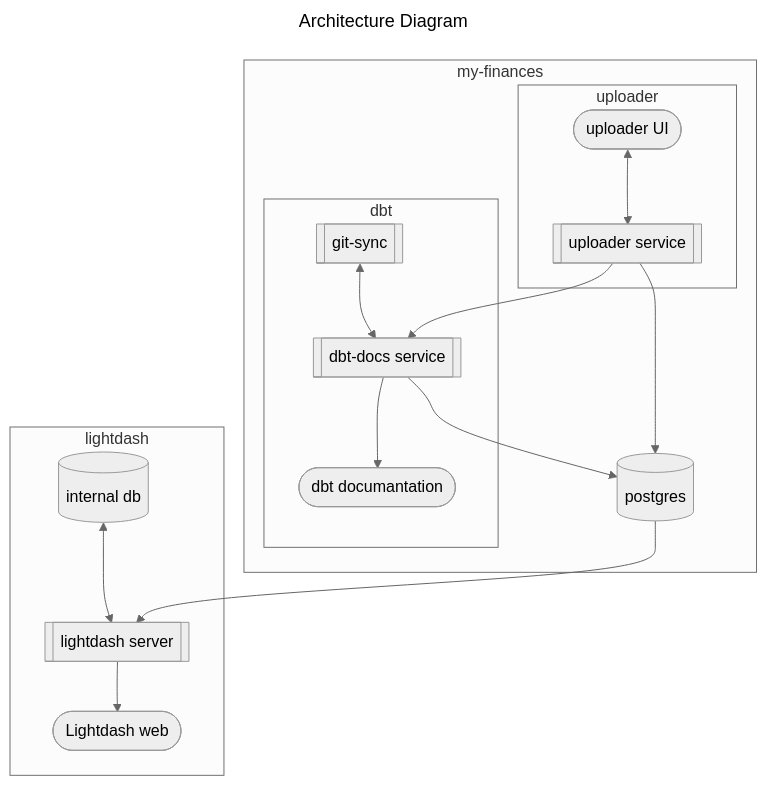
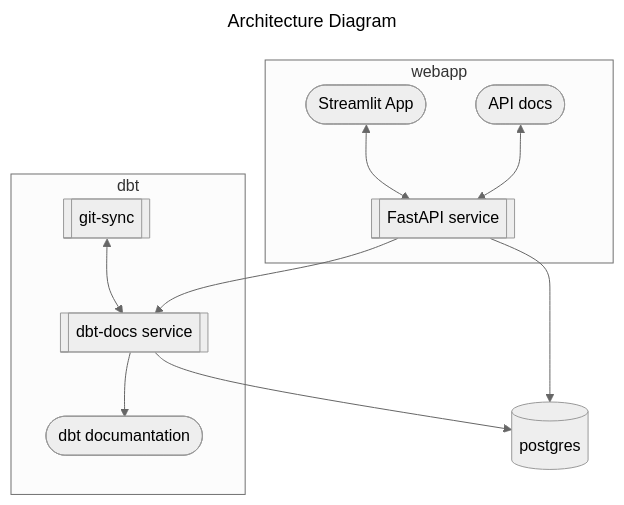
One commit to PabloPardoGarcia/my-finances changed the diagram in README.md. Above: the diagram before and after it, drawn with Mermaid (neutral theme). The commit also changed other lines of this file, not shown here.

Commit message:
update diagram adding streamlit frontend and removing lightdash service

````diff
--- a/README.md
+++ b/README.md
@@ -14,41 +14,30 @@
 ```mermaid
 ---
 title: Architecture Diagram
 ---
 flowchart TB
-    %% Graph definition
-    subgraph my-finances
         subgraph dbt
             s1[[dbt-docs service]];
             web1([dbt documantation]);
             s2[[git-sync]];
             s1 --> web1
             s2 <--> s1
         end
-        subgraph uploader
-            s3[["uploader service"]]
-            web3(["uploader UI"]);
+        subgraph webapp
+            s3[["FastAPI service"]]
+            web2(["Streamlit App"]);
+            web3(["API docs"]);
             s3 --> s1
+            web2 <--> s3
             web3 <--> s3
         end
         db1[(postgres)];
         s1 --> db1
         s3 --> db1
-        
-    end
-    subgraph lightdash
-        sb2[(internal db)];
-        s4[[lightdash server]];
-        web2([Lightdash web]);
-        sb2 <--> s4 
-        s4 --> web2
-    end
-    db1 --> s4
-    
+
     %% Interactions
     click web1 "https://docs.getdbt.com/docs/collaborate/documentation" _blank
-    click web2 "https://www.lightdash.com/" _blank
-    
-    %% Styling
-    classDef todoclass fill:#f96,stroke:#f50
+    click web2 "https://docs.streamlit.io/" _blank
+    click web3 "https://fastapi.tiangolo.com/#interactive-api-docs" _blank
+
 ```
````
